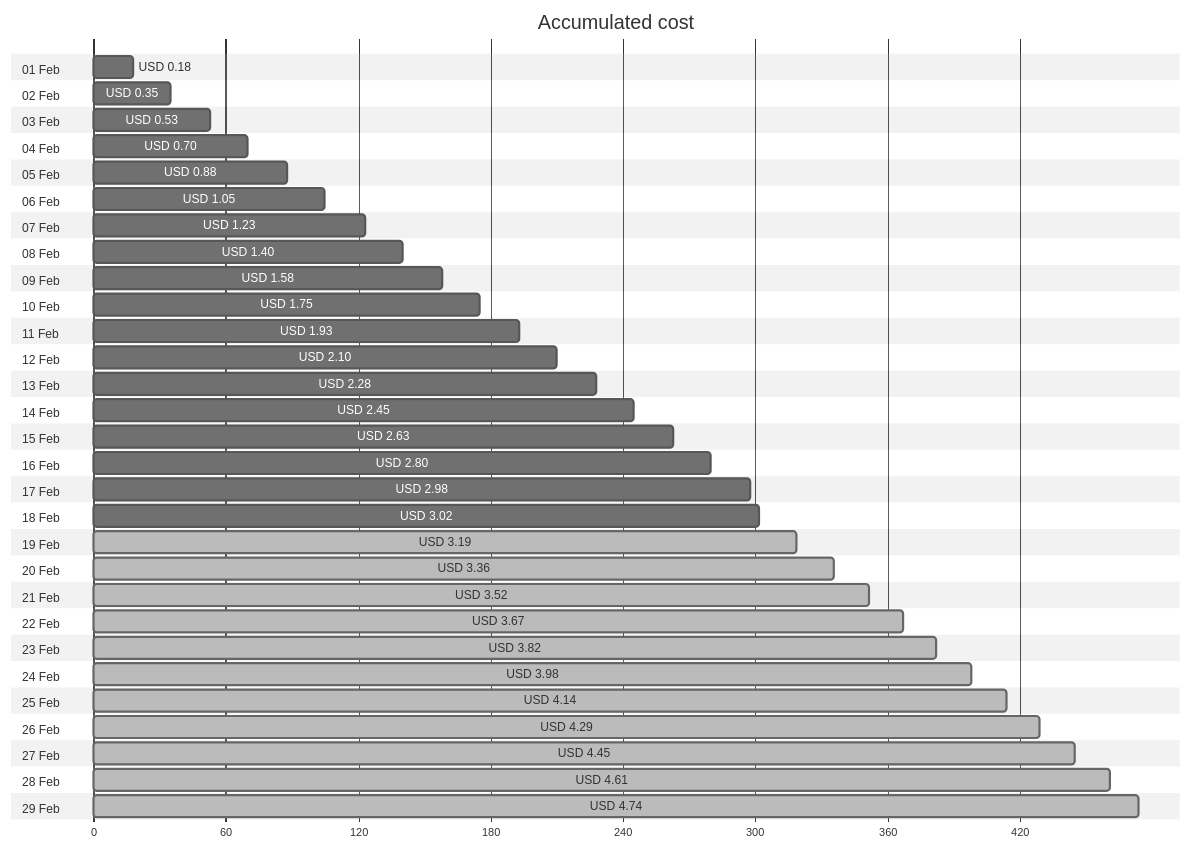
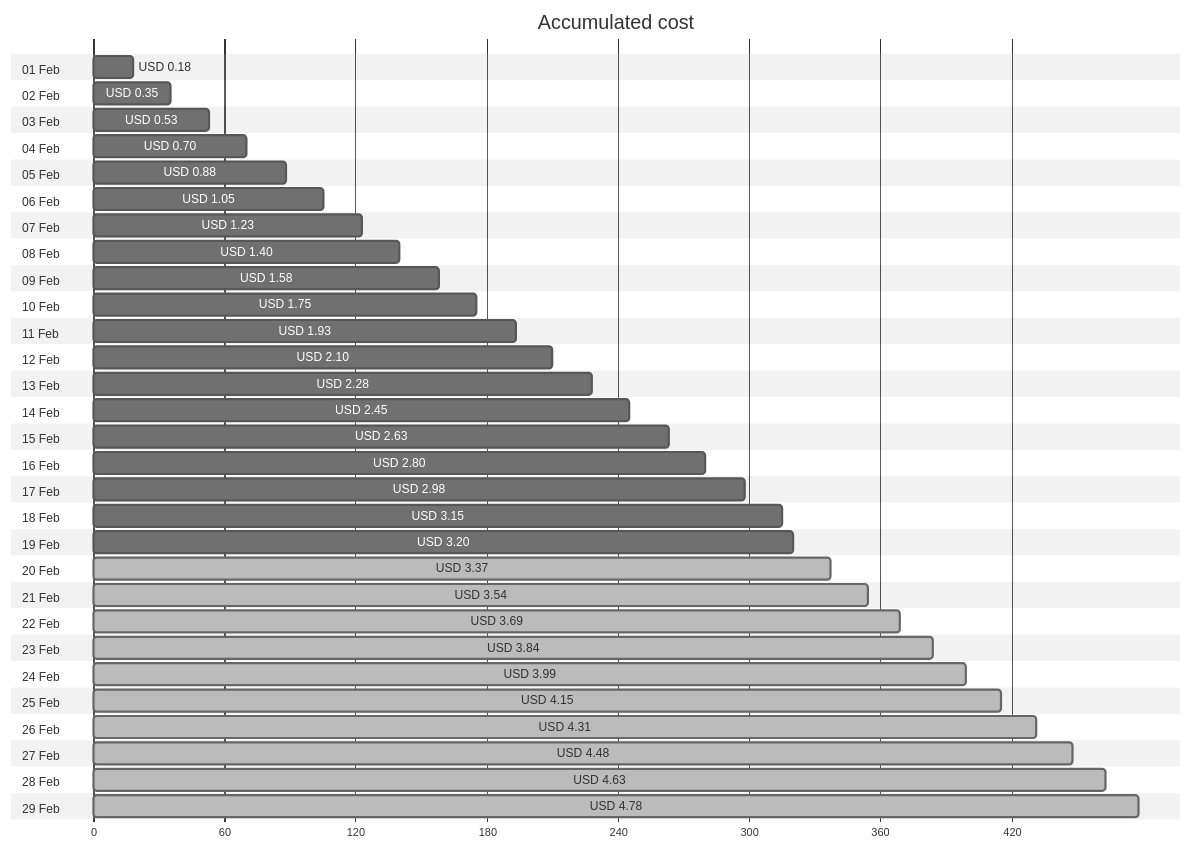
Before and after one commit to jpfulton/azure-personal-reports: the first of 4 diagrams in cost-reports/personal-network/backup-server.md, drawn with Mermaid (neutral theme). The commit also changed other lines of this file and 8 other files, not shown here.

````diff
--- a/cost-reports/personal-network/backup-server.md
+++ b/cost-reports/personal-network/backup-server.md
@@ -20,64 +20,64 @@
 ```mermaid
 gantt
    title Accumulated cost
    dateFormat  X
    axisFormat %s
    section 01 Feb
    USD 0.18 :0, 18
    section 02 Feb
    USD 0.35 :0, 35
    section 03 Feb
    USD 0.53 :0, 53
    section 04 Feb
    USD 0.70 :0, 70
    section 05 Feb
    USD 0.88 :0, 88
    section 06 Feb
    USD 1.05 :0, 105
    section 07 Feb
    USD 1.23 :0, 123
    section 08 Feb
    USD 1.40 :0, 140
    section 09 Feb
    USD 1.58 :0, 158
    section 10 Feb
    USD 1.75 :0, 175
    section 11 Feb
    USD 1.93 :0, 193
    section 12 Feb
    USD 2.10 :0, 210
    section 13 Feb
    USD 2.28 :0, 228
    section 14 Feb
    USD 2.45 :0, 245
    section 15 Feb
    USD 2.63 :0, 263
    section 16 Feb
    USD 2.80 :0, 280
    section 17 Feb
    USD 2.98 :0, 298
    section 18 Feb
-   USD 3.02 :0, 302
+   USD 3.15 :0, 315
    section 19 Feb
-   USD 3.19 : done, 0, 319
+   USD 3.20 :0, 320
    section 20 Feb
-   USD 3.36 : done, 0, 336
+   USD 3.37 : done, 0, 337
    section 21 Feb
-   USD 3.52 : done, 0, 352
+   USD 3.54 : done, 0, 354
    section 22 Feb
-   USD 3.67 : done, 0, 367
+   USD 3.69 : done, 0, 369
    section 23 Feb
-   USD 3.82 : done, 0, 382
+   USD 3.84 : done, 0, 384
    section 24 Feb
-   USD 3.98 : done, 0, 398
+   USD 3.99 : done, 0, 399
    section 25 Feb
-   USD 4.14 : done, 0, 414
+   USD 4.15 : done, 0, 415
    section 26 Feb
-   USD 4.29 : done, 0, 429
+   USD 4.31 : done, 0, 431
    section 27 Feb
-   USD 4.45 : done, 0, 445
+   USD 4.48 : done, 0, 448
    section 28 Feb
-   USD 4.61 : done, 0, 461
+   USD 4.63 : done, 0, 463
    section 29 Feb
-   USD 4.74 : done, 0, 474
+   USD 4.78 : done, 0, 478
 ```
````
